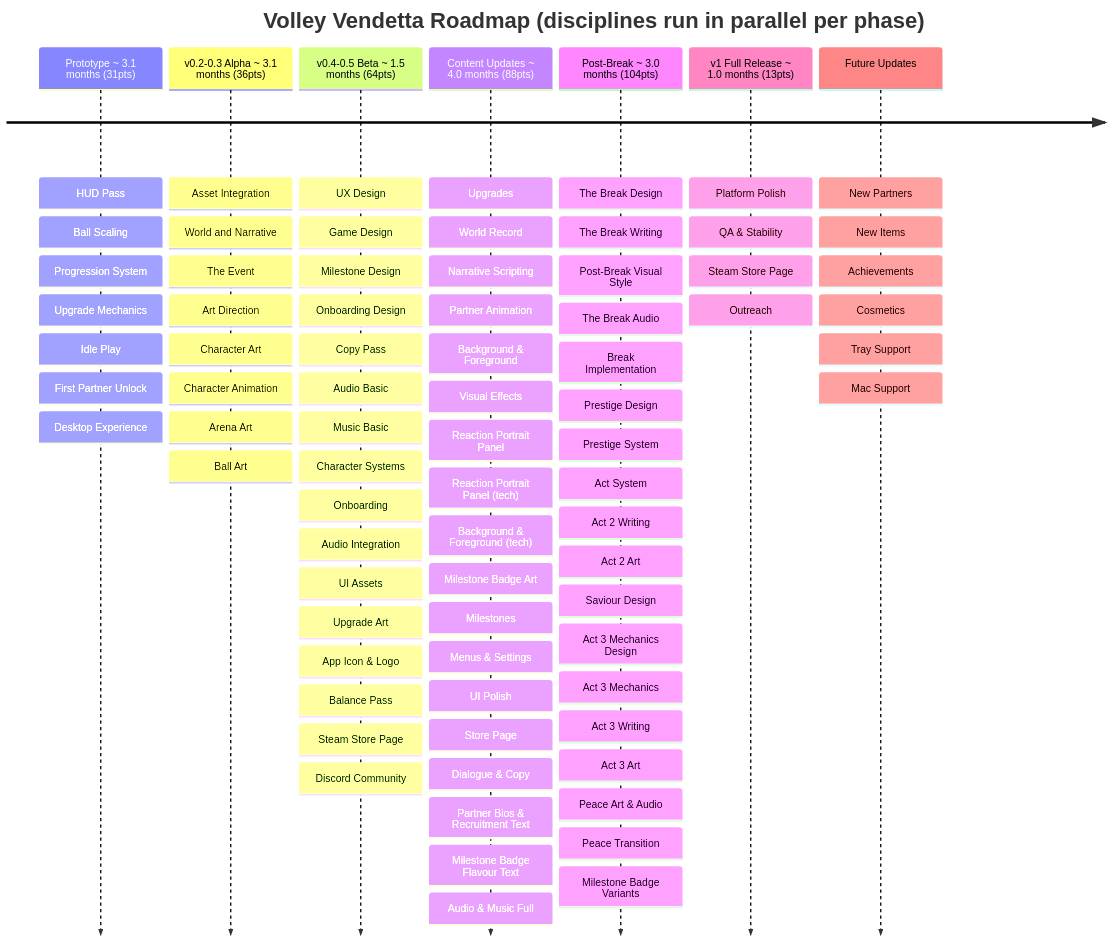
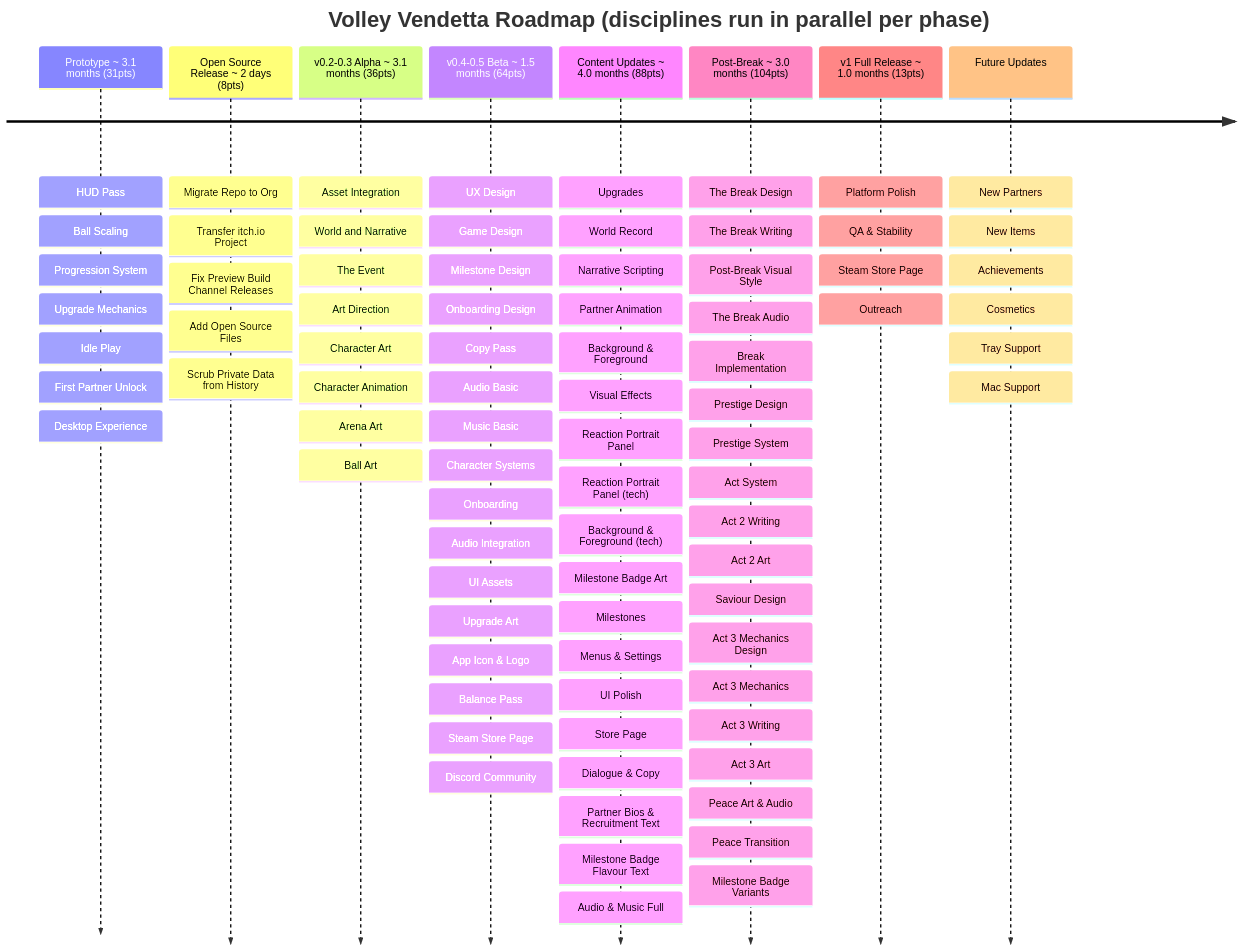
The diagram in designs/roadmap.md (shuck-dev/volley), drawn with Mermaid before and after one commit. The commit also changed other lines of this file, not shown here.

Commit message:
docs: added open source release doc

```diff
--- a/designs/roadmap.md
+++ b/designs/roadmap.md
@@ -12,6 +12,13 @@
         : Idle Play
         : First Partner Unlock
         : Desktop Experience
+
+    Open Source Release ~ 2 days (8pts)
+        : Migrate Repo to Org
+        : Transfer itch.io Project
+        : Fix Preview Build Channel Releases
+        : Add Open Source Files
+        : Scrub Private Data from History
 
     v0.2-0.3 Alpha ~ 3.1 months (36pts)
         : Asset Integration
```
